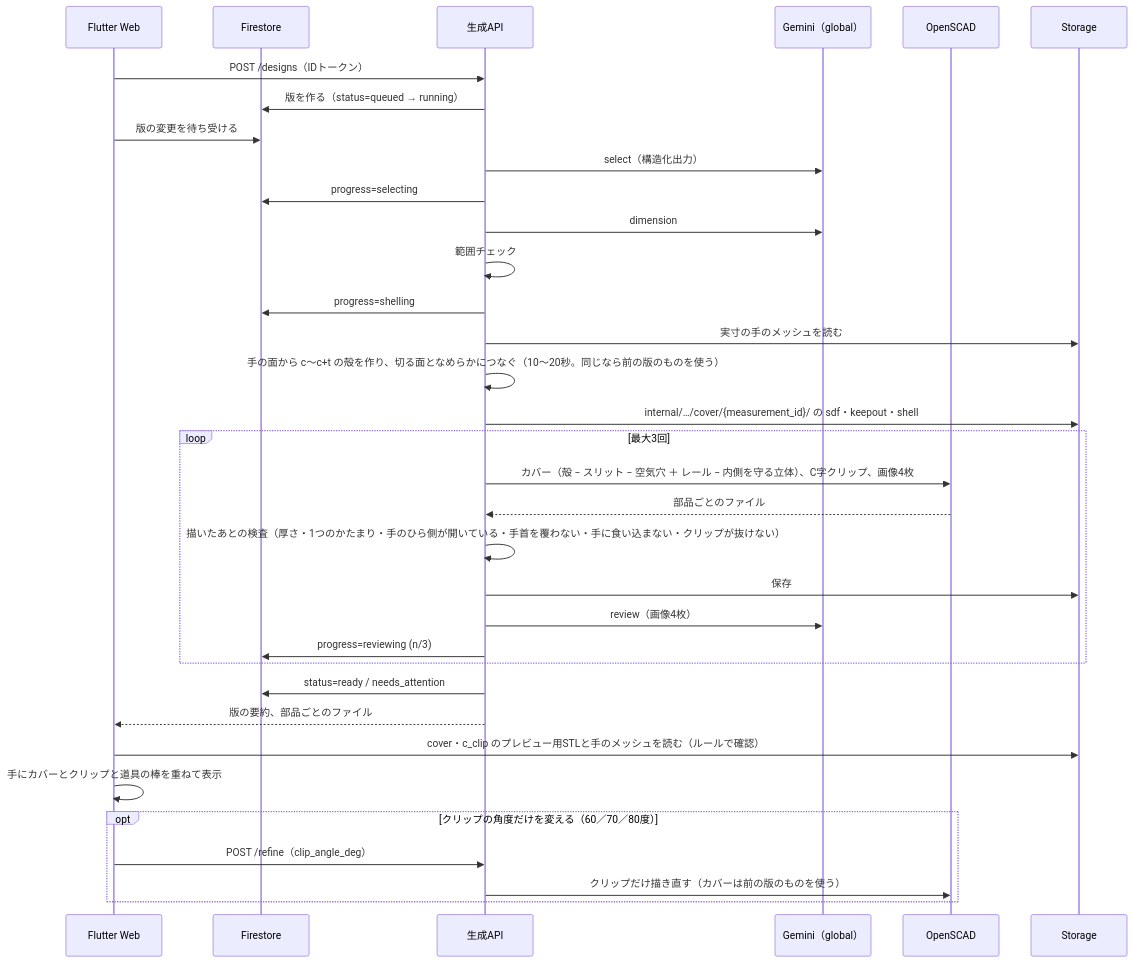
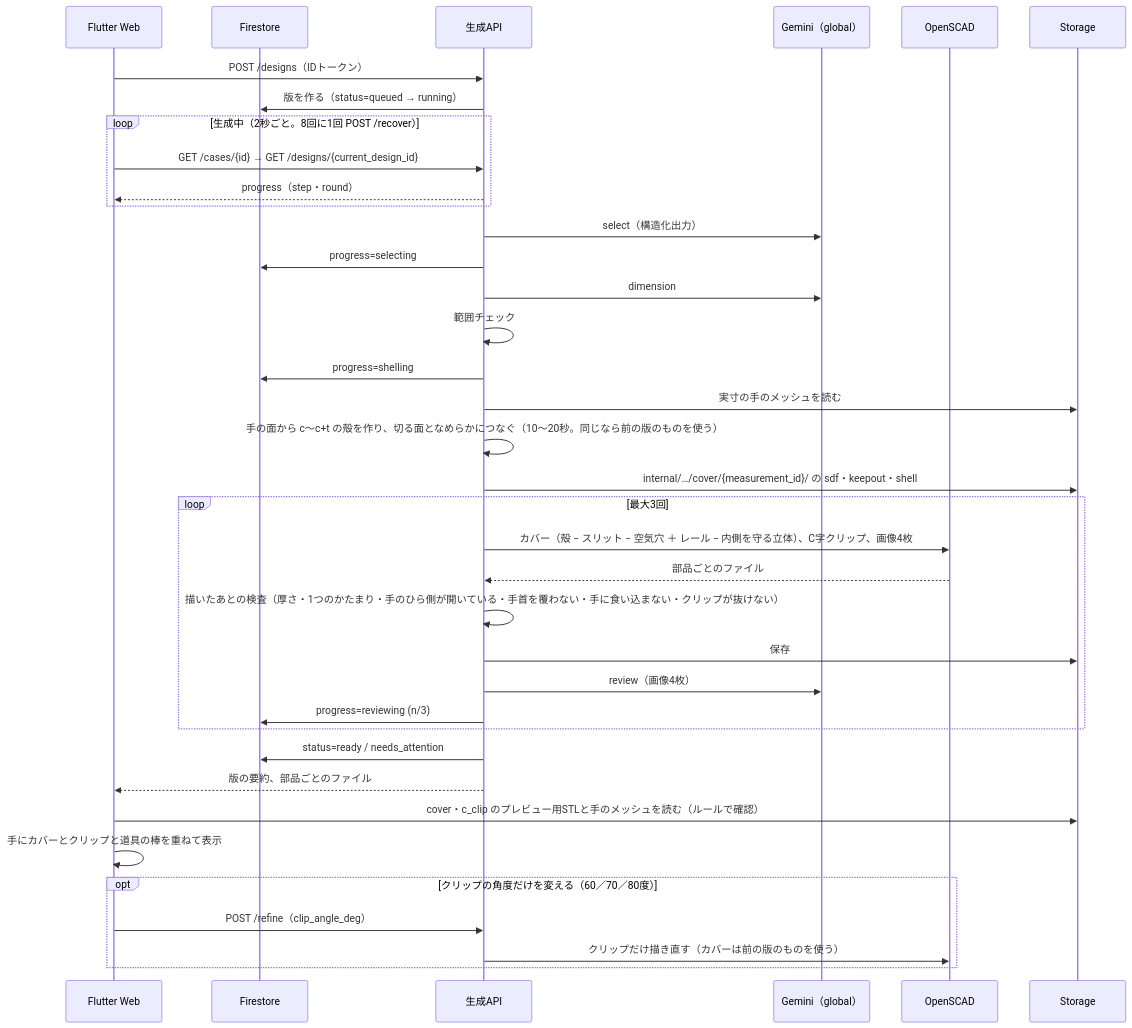
Before and after one commit to Devfest-Hackathon-2026/df-2026-t101: the third of 4 diagrams in docs/architecture.md, drawn with Mermaid. The commit also changed other lines of this file and 11 other files, not shown here.

````diff
--- a/docs/architecture.md
+++ b/docs/architecture.md
@@ -137,36 +137,39 @@
 ```mermaid
 sequenceDiagram
   participant App as Flutter Web
   participant FS as Firestore
   participant API as 生成API
   participant G as Gemini（global）
   participant SC as OpenSCAD
   participant ST as Storage
   App->>API: POST /designs（IDトークン）
   API->>FS: 版を作る（status=queued → running）
-  App->>FS: 版の変更を待ち受ける
+  loop 生成中（2秒ごと。8回に1回 POST /recover）
+    App->>API: GET /cases/{id} → GET /designs/{current_design_id}
+    API-->>App: progress（step・round）
+  end
   API->>G: select（構造化出力）
   API->>FS: progress=selecting
   API->>G: dimension
   API->>API: 範囲チェック
   API->>FS: progress=shelling
   API->>ST: 実寸の手のメッシュを読む
   API->>API: 手の面から c〜c+t の殻を作り、切る面となめらかにつなぐ（10〜20秒。同じなら前の版のものを使う）
   API->>ST: internal/…/cover/{measurement_id}/ の sdf・keepout・shell
   loop 最大3回
     API->>SC: カバー（殻 − スリット − 空気穴 ＋ レール − 内側を守る立体）、C字クリップ、画像4枚
     SC-->>API: 部品ごとのファイル
     API->>API: 描いたあとの検査（厚さ・1つのかたまり・手のひら側が開いている・手首を覆わない・手に食い込まない・クリップが抜けない）
     API->>ST: 保存
     API->>G: review（画像4枚）
     API->>FS: progress=reviewing (n/3)
   end
   API->>FS: status=ready / needs_attention
   API-->>App: 版の要約、部品ごとのファイル
   App->>ST: cover・c_clip のプレビュー用STLと手のメッシュを読む（ルールで確認）
   App->>App: 手にカバーとクリップと道具の棒を重ねて表示
   opt クリップの角度だけを変える（60／70／80度）
     App->>API: POST /refine（clip_angle_deg）
     API->>SC: クリップだけ描き直す（カバーは前の版のものを使う）
   end
 ```
````
